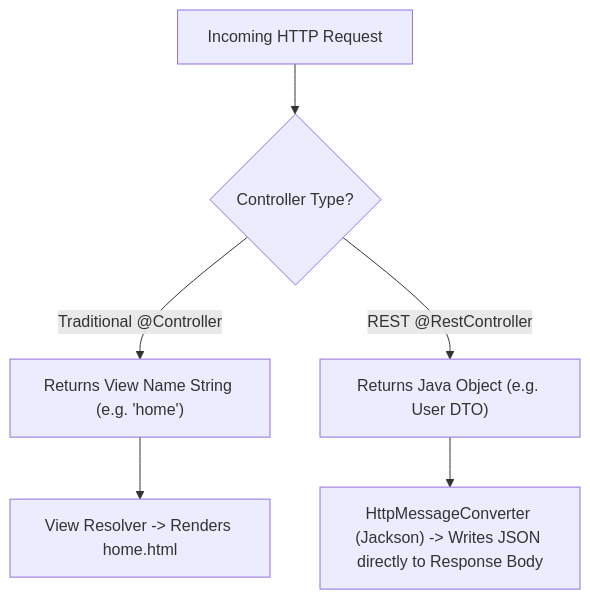
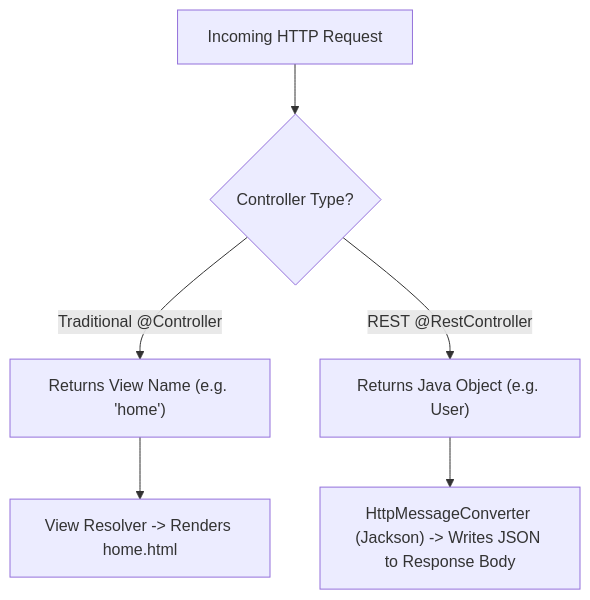
The third of 21 diagrams in 06-Java-and-Spring-Boot/Spring Boot Interview Guide.md (rohithgowda18/Notes), drawn with Mermaid before and after one commit. The commit also changed other lines of this file, not shown here.

````diff
--- a/06-Java-and-Spring-Boot/Spring Boot Interview Guide.md
+++ b/06-Java-and-Spring-Boot/Spring Boot Interview Guide.md
@@ -186,6 +148,6 @@
 ```mermaid
 flowchart TD
     Req["Incoming HTTP Request"] --> Router{"Controller Type?"}
-    Router -->|"Traditional @Controller"| C1["Returns View Name String (e.g. 'home')"] --> VR["View Resolver -> Renders home.html"]
-    Router -->|"REST @RestController"| C2["Returns Java Object (e.g. User DTO)"] --> MC["HttpMessageConverter (Jackson) -> Writes JSON directly to Response Body"]
+    Router -->|"Traditional @Controller"| C1["Returns View Name (e.g. 'home')"] --> VR["View Resolver -> Renders home.html"]
+    Router -->|"REST @RestController"| C2["Returns Java Object (e.g. User)"] --> MC["HttpMessageConverter (Jackson) -> Writes JSON to Response Body"]
 ```
````
